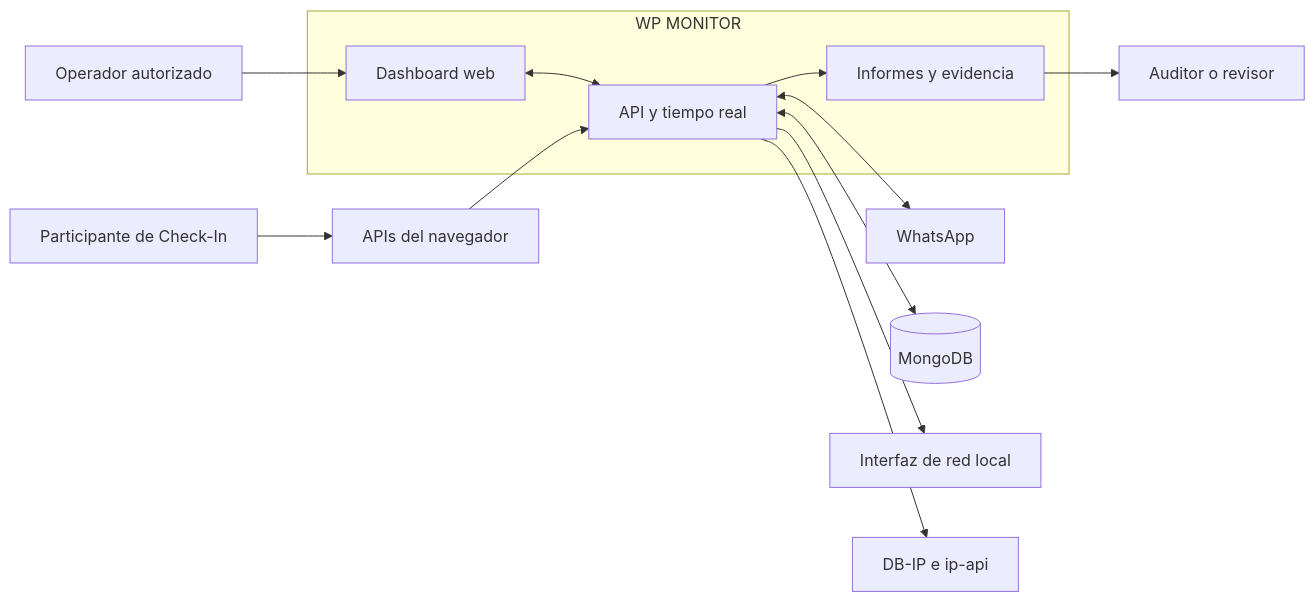
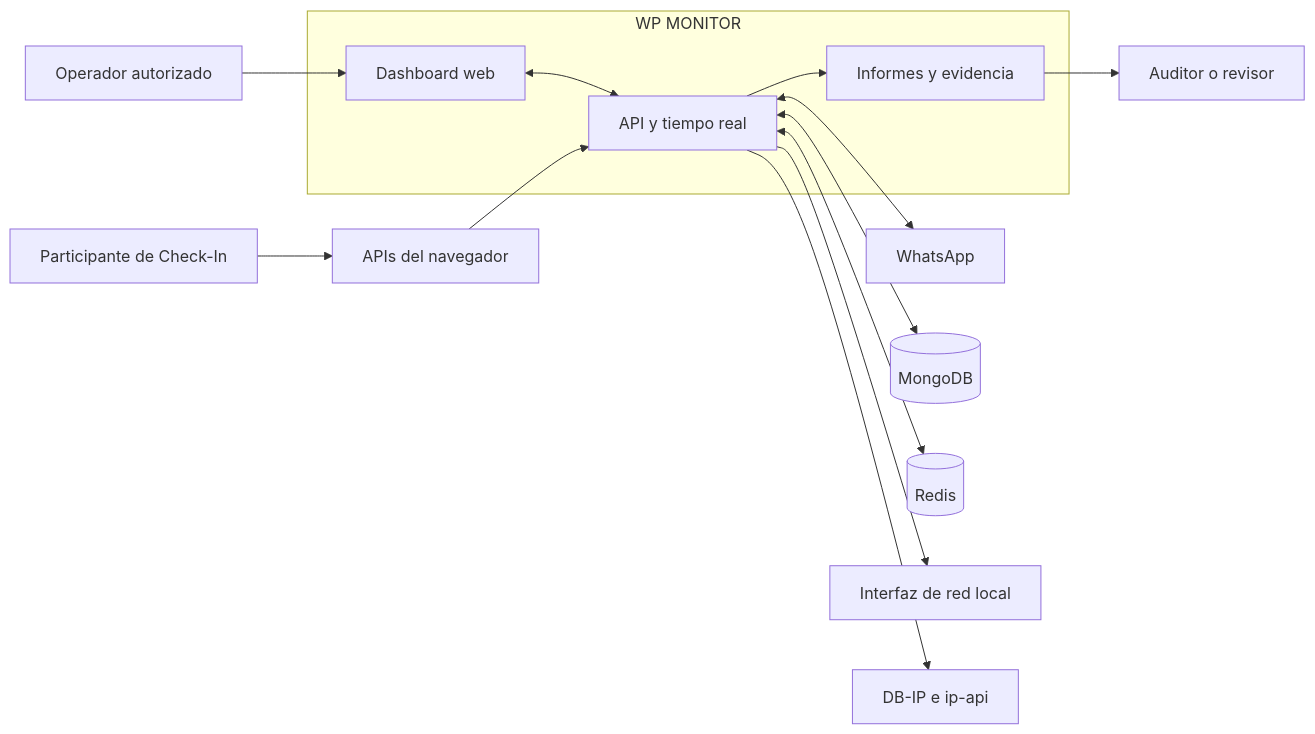
The diagram in docs/diagrams/01-system-context.md (deco31416/wp-monitor), drawn with Mermaid before and after one commit. The commit also changed other lines of this file and 34 other files, not shown here.

````diff
--- a/docs/diagrams/01-system-context.md
+++ b/docs/diagrams/01-system-context.md
@@ -7,27 +7,29 @@
 ```mermaid
 flowchart LR
     Operator[Operador autorizado]
     Auditor[Auditor o revisor]
     Participant[Participante de Check-In]
 
     subgraph WP[WP MONITOR]
       Dashboard[Dashboard web]
       Backend[API y tiempo real]
       Evidence[Informes y evidencia]
     end
 
     WhatsApp[WhatsApp]
     Mongo[(MongoDB)]
+    Redis[(Redis)]
     Adapter[Interfaz de red local]
     Geo[DB-IP e ip-api]
     Browser[APIs del navegador]
 
     Operator --> Dashboard
     Dashboard <--> Backend
     Backend <--> WhatsApp
     Backend <--> Mongo
+    Backend <--> Redis
     Backend --> Adapter
     Backend --> Geo
     Participant --> Browser --> Backend
     Backend --> Evidence --> Auditor
 ```
````
